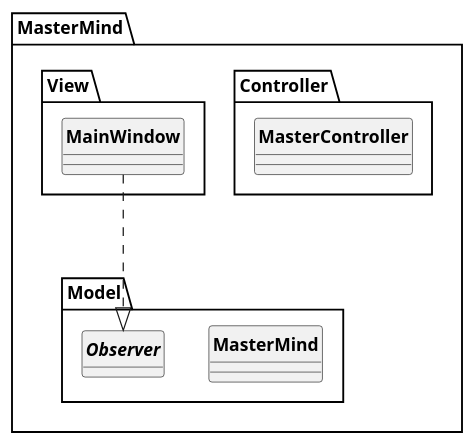
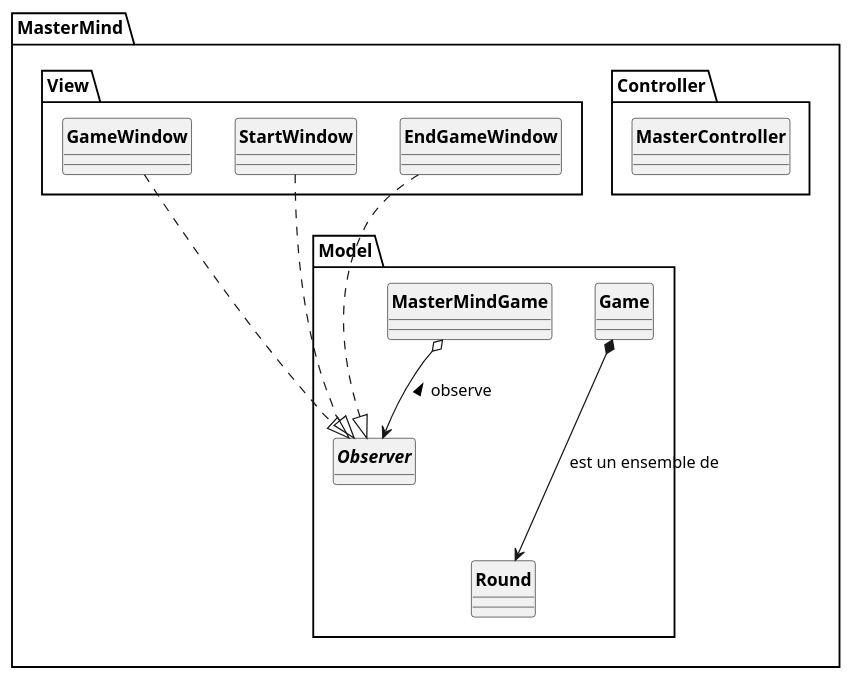
One commit to dbrunstein/a31-mastermind-java changed the diagram in MasterMind/src/UML/MasterMind.puml. Above: the diagram before and after it, drawn with PlantUML.

Commit message:
modif uml

```diff
--- a/MasterMind/src/UML/MasterMind.puml
+++ b/MasterMind/src/UML/MasterMind.puml
@@ -1,31 +1,47 @@
 @startuml
 'https://plantuml.com/class-diagram
 skinparam style strictuml
 skinparam classAttributeIconSize 0
 skinparam classFontStyle Bold
 hide enum methods
 hide interface attributes
 
 package MasterMind{
 
     package Controller{
         class MasterController{
 
         }
     }
     package Model {
-        class MasterMind{
+        class MasterMindGame{
 
         }
         interface Observer{
         }
+        class Round{
+        }
+        class Game{
+        }
+
+
     }
     package View {
-        class MainWindow {
+        class GameWindow {
 
+        }
+        class StartWindow{
+        }
+        class EndGameWindow{
         }
     }
 }
-MainWindow ...|> Observer
+GameWindow ...|> Observer
+StartWindow ...|> Observer
+EndGameWindow ...|> Observer
+
+Game *---> Round : est un ensemble de
+
+MasterMindGame o--> Observer : < observe
 
 @enduml
```
